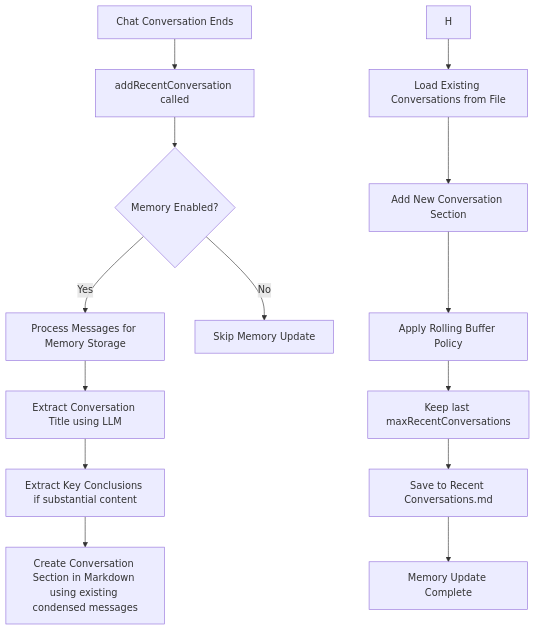
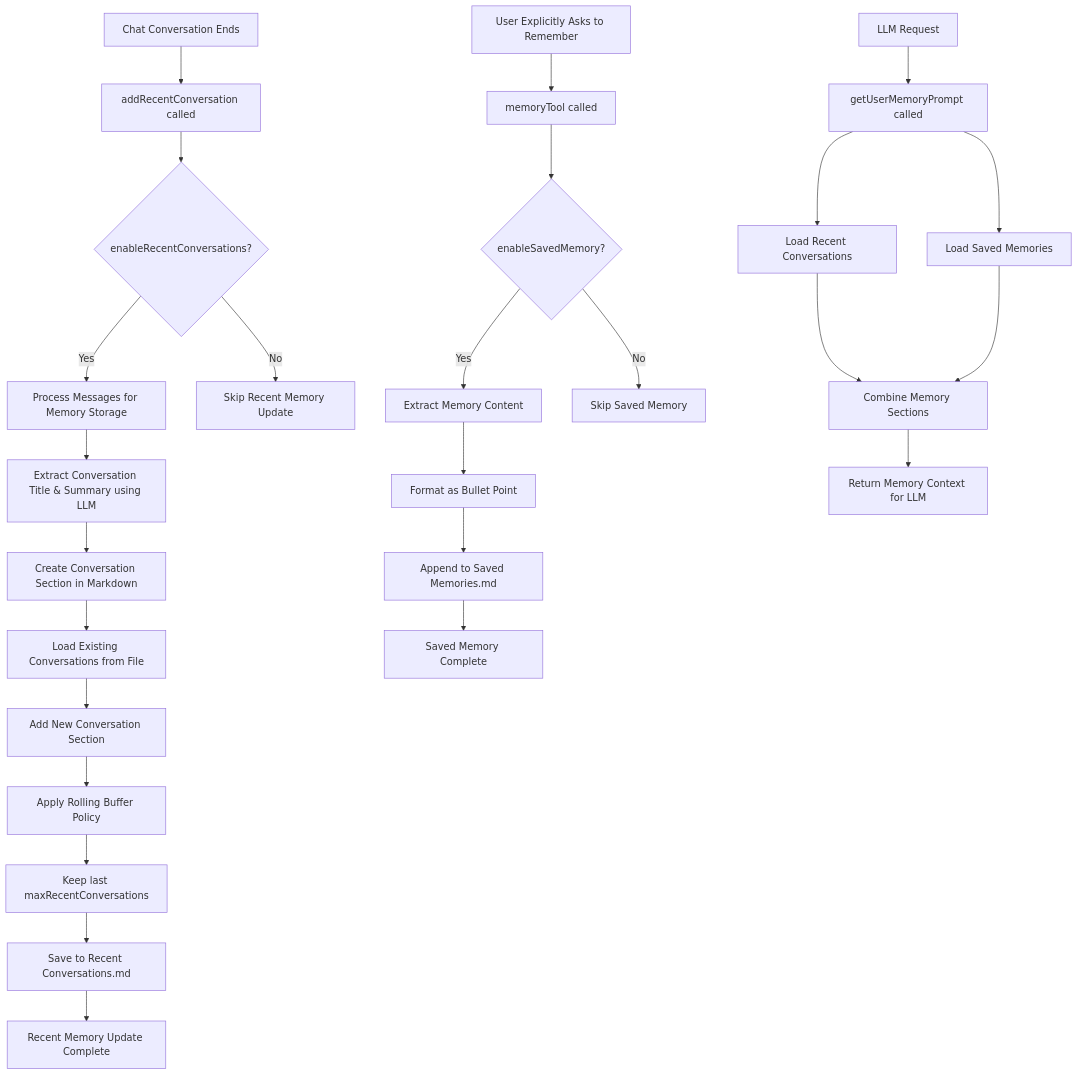
One commit to logancyang/obsidian-copilot changed the diagram in src/memory/memory-design.md. Above: the diagram before and after it, drawn with Mermaid. The commit also changed other lines of this file, not shown here.

````diff
--- a/src/memory/memory-design.md
+++ b/src/memory/memory-design.md
@@ -9,21 +12,34 @@
 ```mermaid
 graph TD
-    %% Triggers for Memory Updates
+    %% Recent Conversations Flow
     A[Chat Conversation Ends] --> B[addRecentConversation called]
-    B --> C{Memory Enabled?}
+    B --> C{enableRecentConversations?}
     C -->|Yes| D[Process Messages for Memory Storage]
-    C -->|No| Z[Skip Memory Update]
+    C -->|No| Z1[Skip Recent Memory Update]
 
-    %% Message Processing
-    D --> E[Extract Conversation Title using LLM]
-    E --> F[Extract Key Conclusions if substantial content]
-    F --> G[Create Conversation Section in Markdown using existing condensed messages]
+    D --> E[Extract Conversation Title & Summary using LLM]
+    E --> F[Create Conversation Section in Markdown]
+    F --> G[Load Existing Conversations from File]
+    G --> H[Add New Conversation Section]
+    H --> I[Apply Rolling Buffer Policy]
+    I --> J[Keep last maxRecentConversations]
+    J --> K[Save to Recent Conversations.md]
+    K --> L[Recent Memory Update Complete]
 
-    %% Storage and Rolling Buffer
-    H --> I[Load Existing Conversations from File]
-    I --> J[Add New Conversation Section]
-    J --> K[Apply Rolling Buffer Policy]
-    K --> L[Keep last maxRecentConversations]
-    L --> M[Save to Recent Conversations.md]
-    M --> N[Memory Update Complete]
+    %% Saved Memory Flow
+    M[User Explicitly Asks to Remember] --> N[memoryTool called]
+    N --> O{enableSavedMemory?}
+    O -->|Yes| P[Extract Memory Content]
+    O -->|No| Z2[Skip Saved Memory]
+    P --> Q[Format as Bullet Point]
+    Q --> R[Append to Saved Memories.md]
+    R --> S[Saved Memory Complete]
+
+    %% Memory Retrieval
+    T[LLM Request] --> U[getUserMemoryPrompt called]
+    U --> V[Load Recent Conversations]
+    U --> W[Load Saved Memories]
+    V --> X[Combine Memory Sections]
+    W --> X
+    X --> Y[Return Memory Context for LLM]
 ```
````
